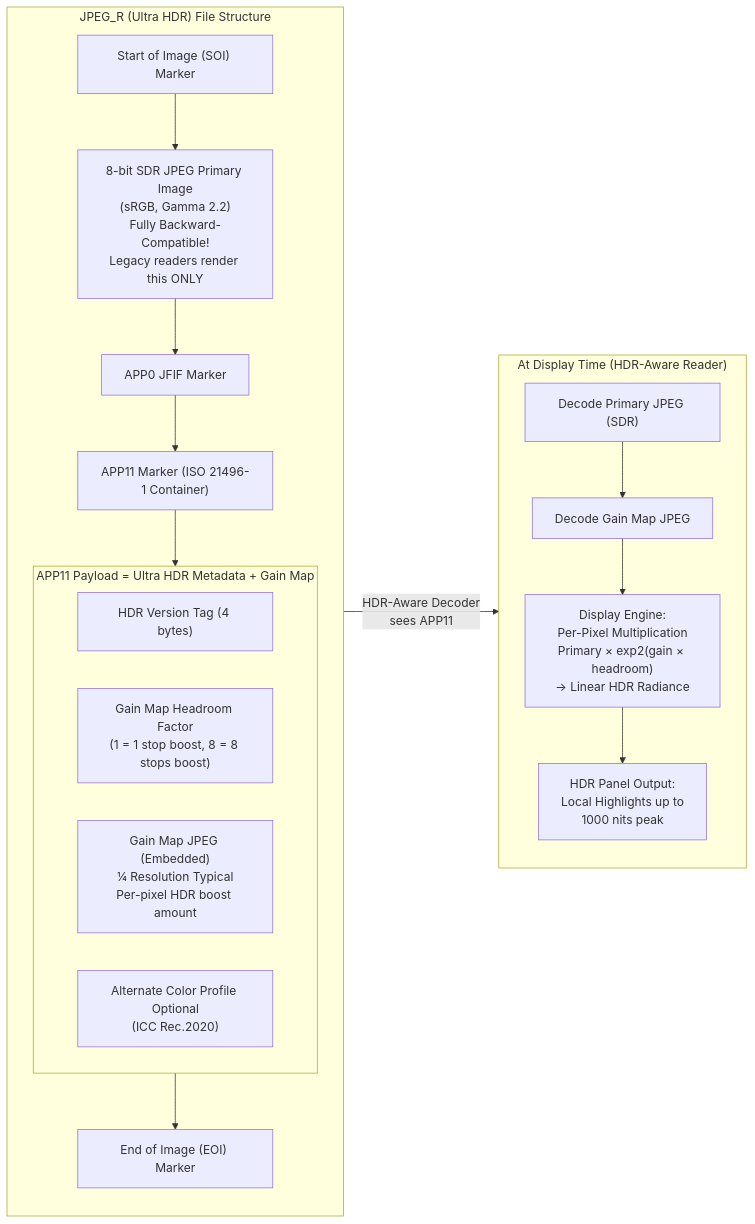
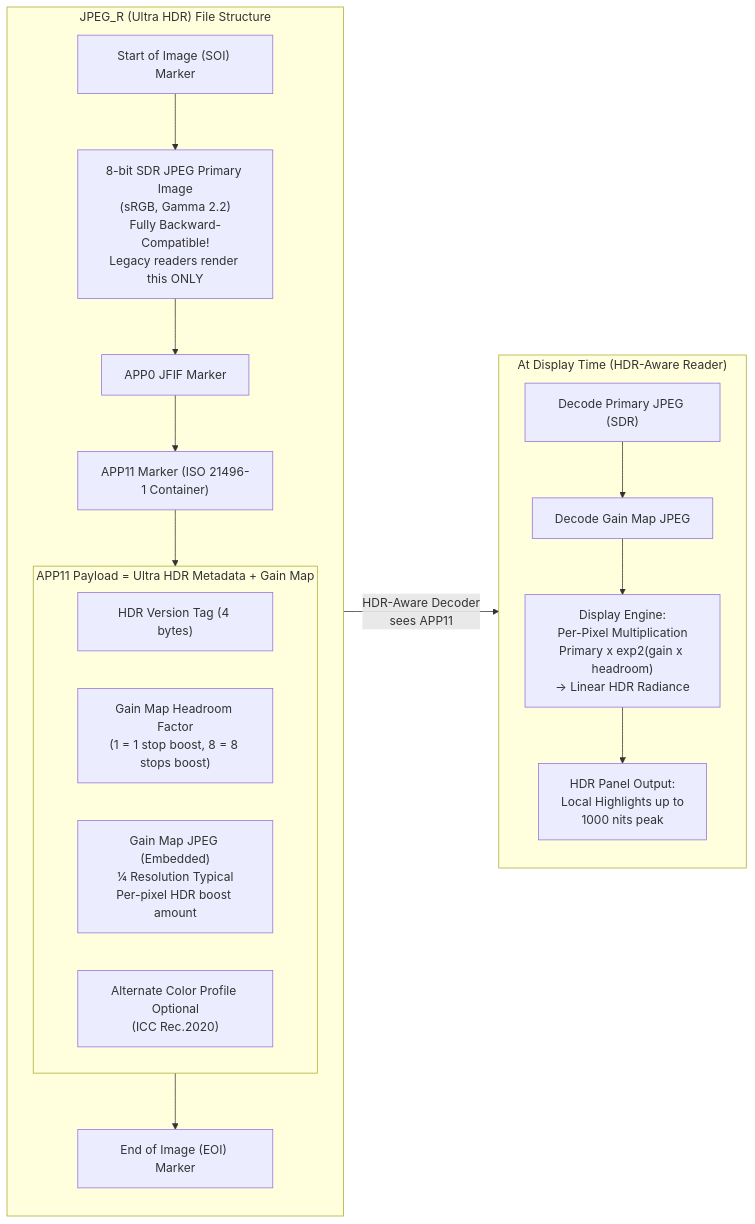
Before and after one commit to zoozooll/AndroidCameraParameters: the second of 2 diagrams in website/docs/camera2/hdr-and-ultra-hdr.md, drawn with Mermaid. The commit also changed other lines of this file and 77 other files, not shown here.

First line of the commit message:
docs: standardize Mermaid syntax and polish 3A pipeline translations

````diff
--- a/website/docs/camera2/hdr-and-ultra-hdr.md
+++ b/website/docs/camera2/hdr-and-ultra-hdr.md
@@ -199,25 +199,25 @@
 ```mermaid
 flowchart LR
     subgraph FILE["JPEG_R (Ultra HDR) File Structure"]
         direction TB
         SOI["Start of Image (SOI) Marker"] --> PRIMARY["8-bit SDR JPEG Primary Image<br/>(sRGB, Gamma 2.2)<br/>Fully Backward-Compatible!<br/>Legacy readers render this ONLY"]
         PRIMARY --> APP0["APP0 JFIF Marker"]
         APP0 --> APP11["APP11 Marker (ISO 21496-1 Container)"]
         subgraph GAINMAP["APP11 Payload = Ultra HDR Metadata + Gain Map"]
             GM1["HDR Version Tag (4 bytes)"]
             GM2["Gain Map Headroom Factor<br/>(1 = 1 stop boost, 8 = 8 stops boost)"]
             GM3["Gain Map JPEG (Embedded)<br/>¼ Resolution Typical<br/>Per-pixel HDR boost amount"]
             GM4["Alternate Color Profile Optional<br/>(ICC Rec.2020)"]
         end
         APP11 --> GAINMAP
         GAINMAP --> EOI["End of Image (EOI) Marker"]
     end
 
     subgraph RENDER["At Display Time (HDR-Aware Reader)"]
         R1["Decode Primary JPEG (SDR)"] --> R2["Decode Gain Map JPEG"]
-        R2 --> R3["Display Engine:<br/>Per-Pixel Multiplication<br/>Primary × exp2(gain × headroom)<br/>→ Linear HDR Radiance"]
+        R2 --> R3["Display Engine:<br/>Per-Pixel Multiplication<br/>Primary x exp2(gain x headroom)<br/>-> Linear HDR Radiance"]
         R3 --> R4["HDR Panel Output:<br/>Local Highlights up to<br/>1000 nits peak"]
     end
 
     FILE -->|"HDR-Aware Decoder<br/>sees APP11"| RENDER
 ```
````
